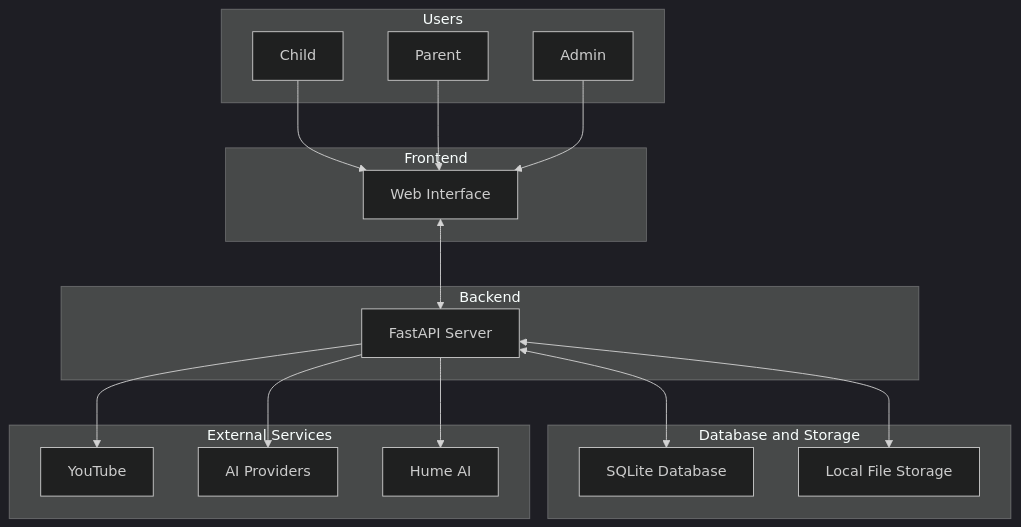
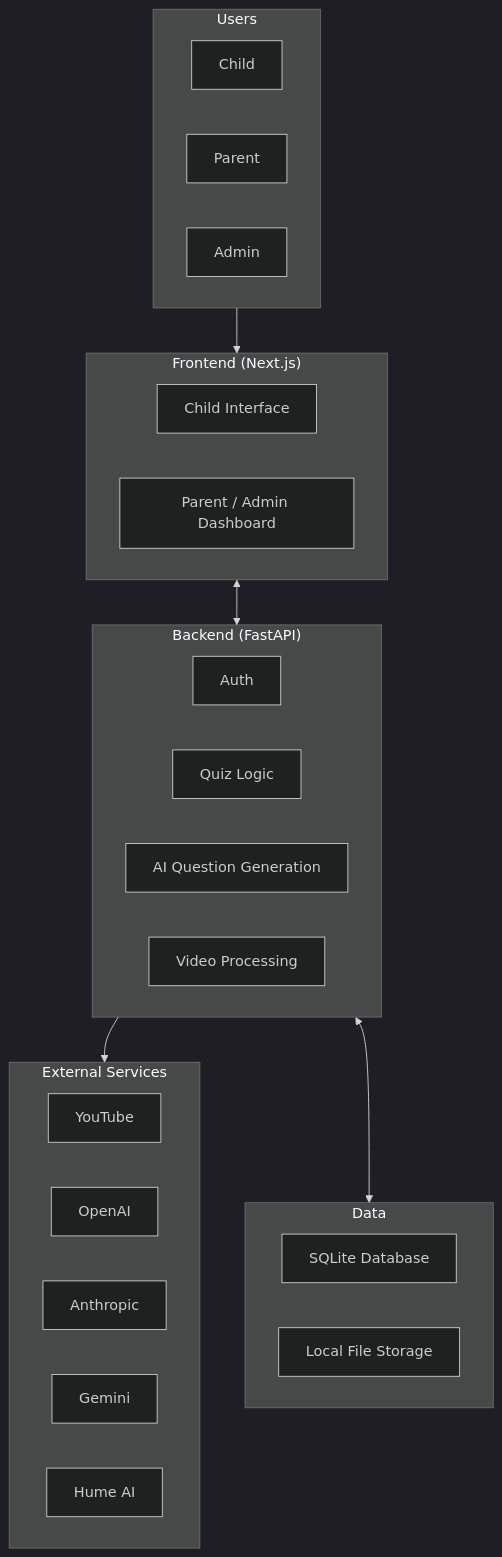
The diagram in documentation/docs/requirements/System-block-diagram.md (Capstone-Projects-2026-spring/project-piggyback-learning-piggyback-1), drawn with Mermaid (dark theme) before and after one commit. The commit also changed other lines of this file, not shown here.

Commit message:
docs : not quite sure if this will look right

````diff
--- a/documentation/docs/requirements/System-block-diagram.md
+++ b/documentation/docs/requirements/System-block-diagram.md
@@ -7,38 +7,44 @@
 ```mermaid
 flowchart TD
 
   subgraph USERS["Users"]
+    direction LR
     Child["Child"]
     Parent["Parent"]
     Admin["Admin"]
   end
 
-  subgraph FE["Frontend"]
-    UI["Web Interface"]
+  subgraph FE["Frontend (Next.js)"]
+    direction LR
+    KidsUI["Child Interface"]
+    ParentUI["Parent / Admin Dashboard"]
   end
 
-  subgraph BE["Backend"]
-    Server["FastAPI Server"]
+  subgraph BE["Backend (FastAPI)"]
+    direction LR
+    Auth["Auth"]
+    QuizLogic["Quiz Logic"]
+    AIGen["AI Question Generation"]
+    VideoProc["Video Processing"]
   end
 
-  subgraph DATA["Database and Storage"]
+  subgraph EXT["External Services"]
+    direction LR
+    YouTube["YouTube"]
+    OpenAI["OpenAI"]
+    Anthropic["Anthropic"]
+    Gemini["Gemini"]
+    Hume["Hume AI"]
+  end
+
+  subgraph DATA["Data"]
+    direction LR
     DB["SQLite Database"]
     Files["Local File Storage"]
   end
 
-  subgraph EXT["External Services"]
-    YouTube["YouTube"]
-    AI["AI Providers"]
-    Hume["Hume AI"]
-  end
-
-  Child --> UI
-  Parent --> UI
-  Admin --> UI
-  UI <--> Server
-  Server <--> DB
-  Server <--> Files
-  Server --> YouTube
-  Server --> AI
-  Server --> Hume
+  USERS --> FE
+  FE <--> BE
+  BE --> EXT
+  BE <--> DATA
 ```
````
